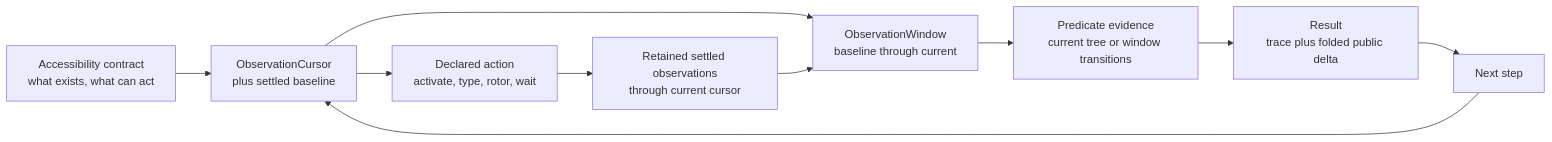
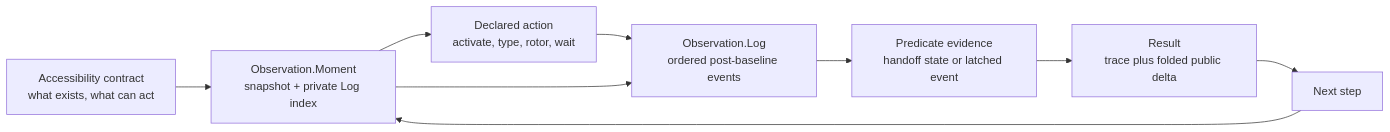
One commit to RoyalPineapple/TheButtonHeist changed the diagram in docs/ACCESSIBILITY-CONTRACT.md. Above: the diagram before and after it, drawn with Mermaid. The commit also changed other lines of this file and 146 other files, not shown here.

````diff
--- a/docs/ACCESSIBILITY-CONTRACT.md
+++ b/docs/ACCESSIBILITY-CONTRACT.md
@@ -48,21 +48,19 @@
 ```mermaid
 flowchart LR
     Contract["Accessibility contract<br/>what exists, what can act"]
-    Before["ObservationCursor<br/>plus settled baseline"]
+    Before["Observation.Moment<br/>snapshot + private Log index"]
     Action["Declared action<br/>activate, type, rotor, wait"]
-    After["Retained settled observations<br/>through current cursor"]
-    Window["ObservationWindow<br/>baseline through current"]
-    Evidence["Predicate evidence<br/>current tree or window transitions"]
+    After["Observation.Log<br/>ordered post-baseline events"]
+    Evidence["Predicate evidence<br/>handoff state or latched event"]
     Result["Result<br/>trace plus folded public delta"]
     Next["Next step"]
 
     Contract --> Before
     Before --> Action
     Action --> After
-    Before --> Window
-    After --> Window
-    Window --> Evidence
+    Before --> After
+    After --> Evidence
     Evidence --> Result
     Result --> Next
     Next --> Before
 ```
````
